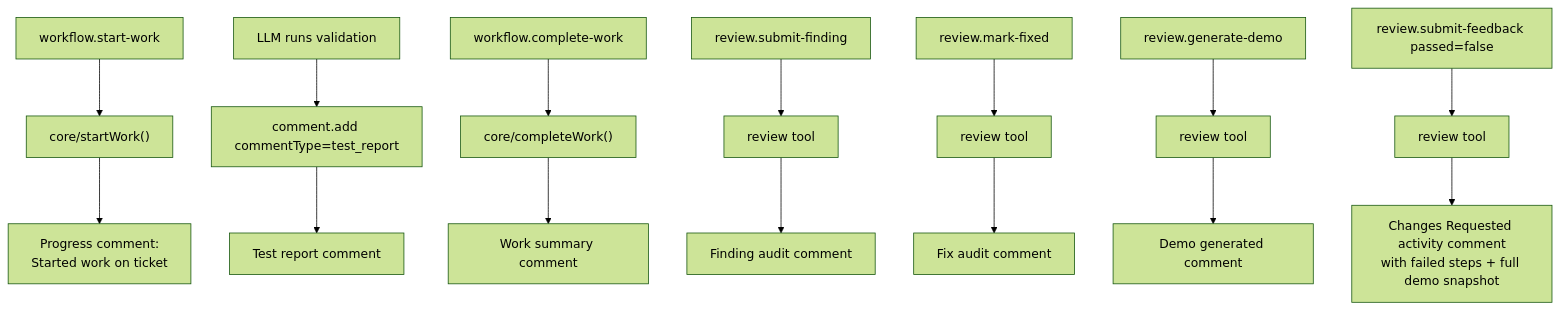
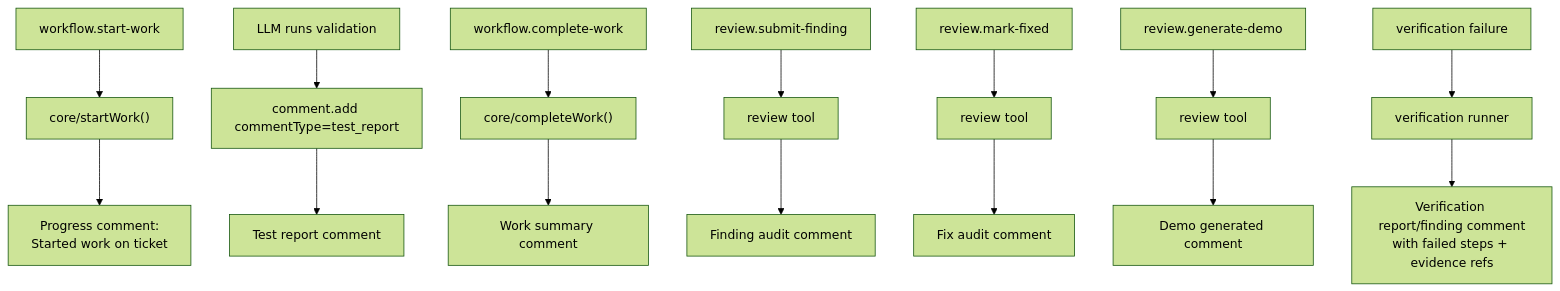
The ninth of 14 diagrams in docs/universal-quality-workflow-per-provider-diagrams.md (salmanrrana/brain-dump), drawn with Mermaid (forest theme) before and after one commit. The commit also changed other lines of this file and 39 other files, not shown here.

Commit message:
feat(9f63c408): address ai verification review findings

````diff
--- a/docs/universal-quality-workflow-per-provider-diagrams.md
+++ b/docs/universal-quality-workflow-per-provider-diagrams.md
@@ -362,13 +359,13 @@
 ```mermaid
 flowchart TB
     A["workflow.start-work"] --> B["core/startWork()"] --> C["Progress comment:\nStarted work on ticket"]
 
     D["LLM runs validation"] --> E["comment.add commentType=test_report"] --> F["Test report comment"]
 
     G["workflow.complete-work"] --> H["core/completeWork()"] --> I["Work summary comment"]
 
     J["review.submit-finding"] --> K["review tool"] --> L["Finding audit comment"]
     M["review.mark-fixed"] --> N["review tool"] --> O["Fix audit comment"]
     P["review.generate-demo"] --> Q["review tool"] --> R["Demo generated comment"]
-    S["review.submit-feedback passed=false"] --> T["review tool"] --> U["Changes Requested activity comment\nwith failed steps + full demo snapshot"]
+    S["verification failure"] --> T["verification runner"] --> U["Verification report/finding comment\nwith failed steps + evidence refs"]
 ```
````
